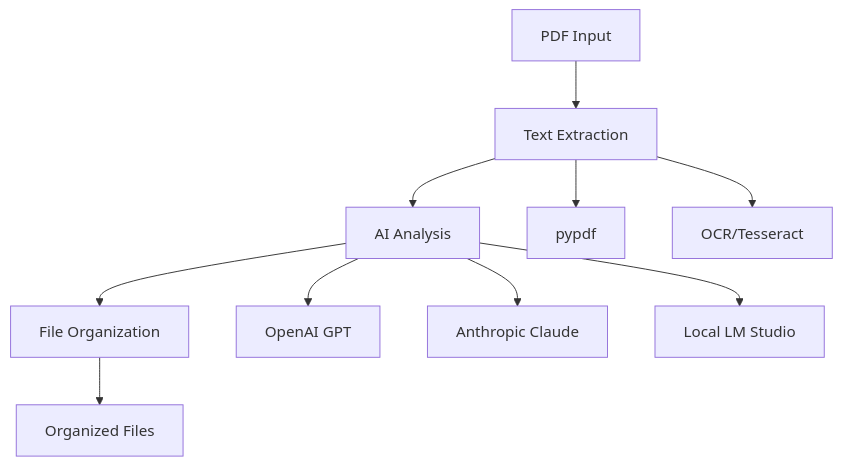
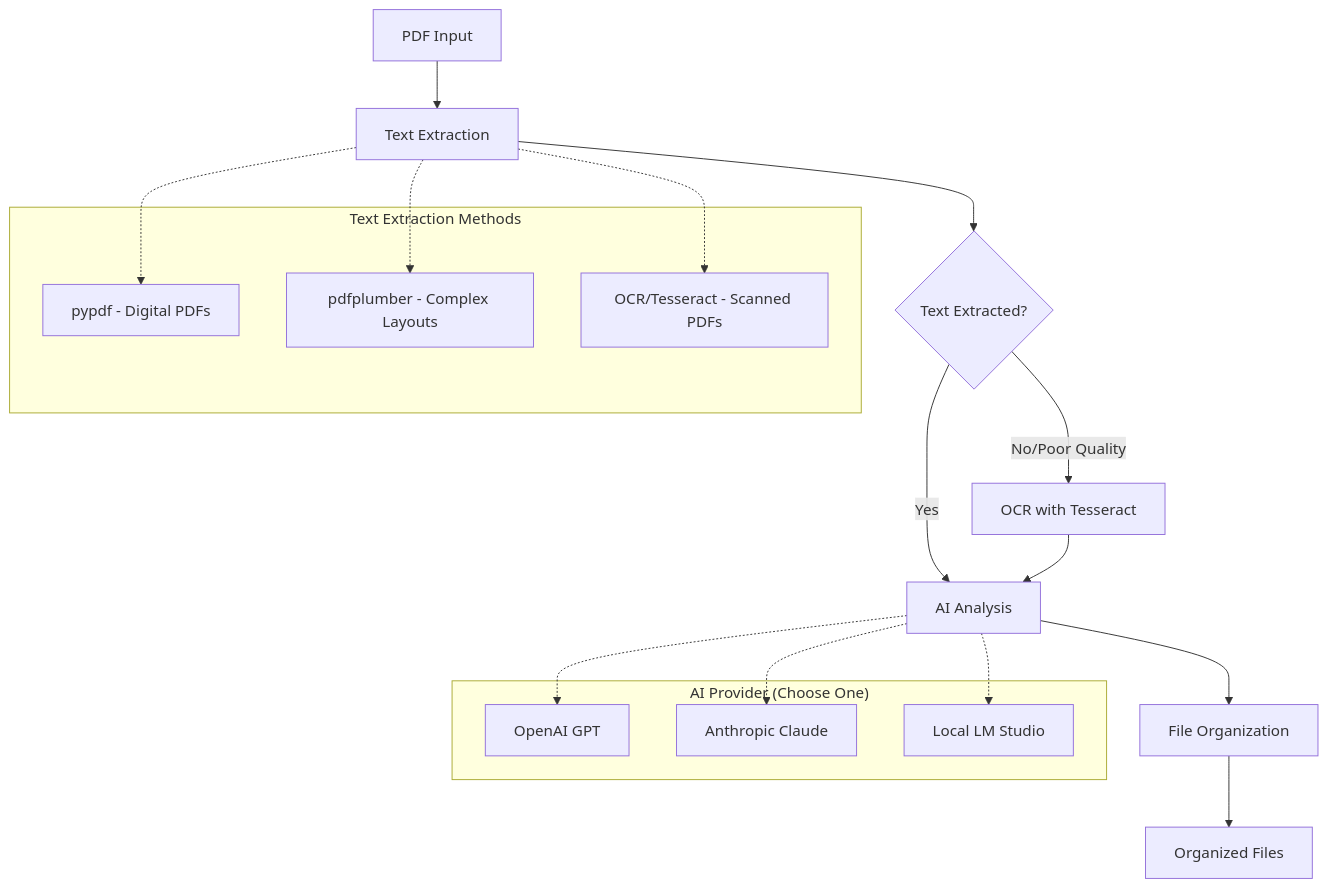
One commit to jeffredodd/OCRganizer changed the diagram in docs/index.md. Above: the diagram before and after it, drawn with Mermaid.

Commit message:
Fix architecture diagram: correct OCR and AI provider flows
- OCR text now properly flows through AI Analysis (was bypassing it)
- Show AI providers as 'Choose One' instead of all simultaneously active
- Add decision point for text extraction quality
- Group text extraction methods with clear use cases
- Use dotted lines to show optional/alternative paths
- Accurately represent single AI provider selection

````diff
--- a/docs/index.md
+++ b/docs/index.md
@@ -39,14 +39,29 @@
 ```mermaid
 graph TD
     A[PDF Input] --> B[Text Extraction]
-    B --> C[AI Analysis]
-    C --> D[File Organization]
-    D --> E[Organized Files]
+    B --> C{Text Extracted?}
+    C -->|Yes| D[AI Analysis]
+    C -->|No/Poor Quality| E[OCR with Tesseract]
+    E --> D
+    D --> F[File Organization]
+    F --> G[Organized Files]
     
-    B --> F[pypdf]
-    B --> G[OCR/Tesseract]
+    subgraph "Text Extraction Methods"
+        H[pypdf - Digital PDFs]
+        I[pdfplumber - Complex Layouts]
+        J[OCR/Tesseract - Scanned PDFs]
+    end
     
-    C --> H[OpenAI GPT]
-    C --> I[Anthropic Claude]
-    C --> J[Local LM Studio]
+    subgraph "AI Provider (Choose One)"
+        K[OpenAI GPT]
+        L[Anthropic Claude]
+        M[Local LM Studio]
+    end
+    
+    B -.-> H
+    B -.-> I
+    B -.-> J
+    D -.-> K
+    D -.-> L
+    D -.-> M
 ```
````
